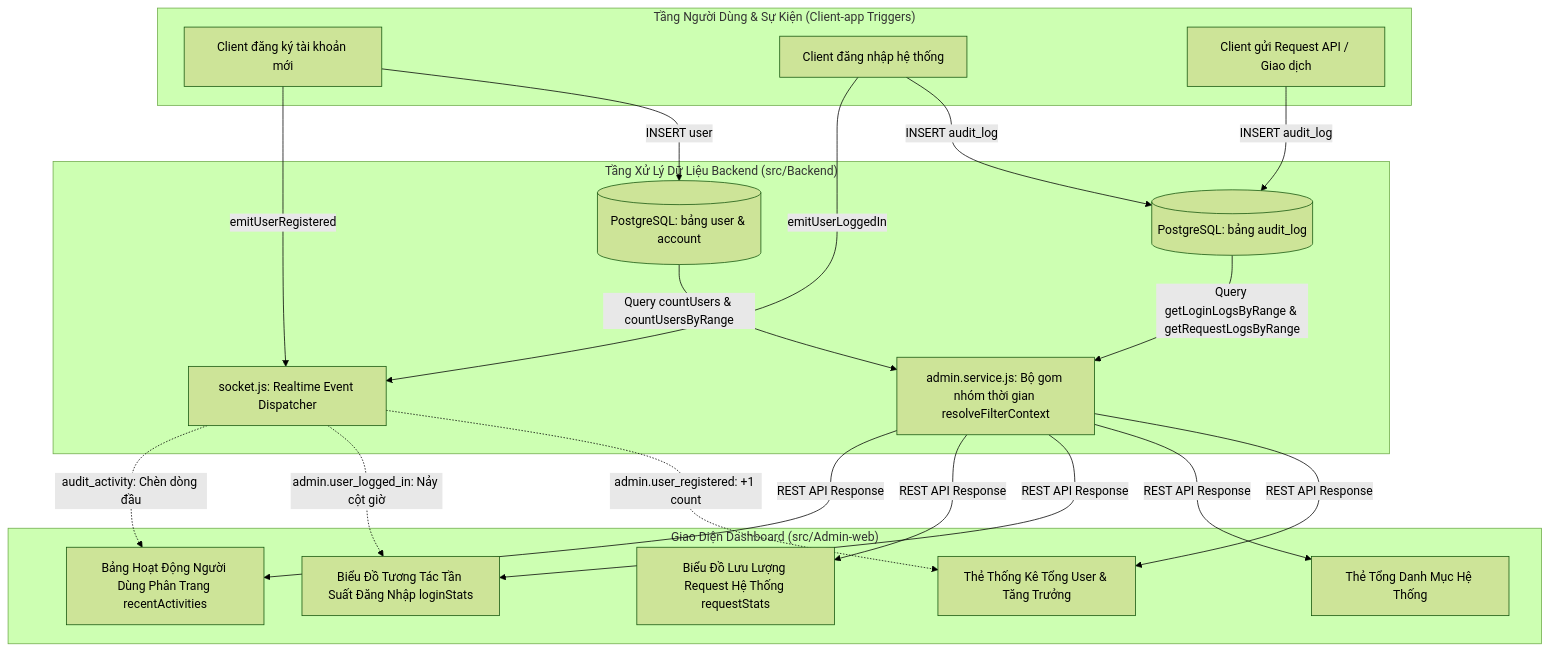
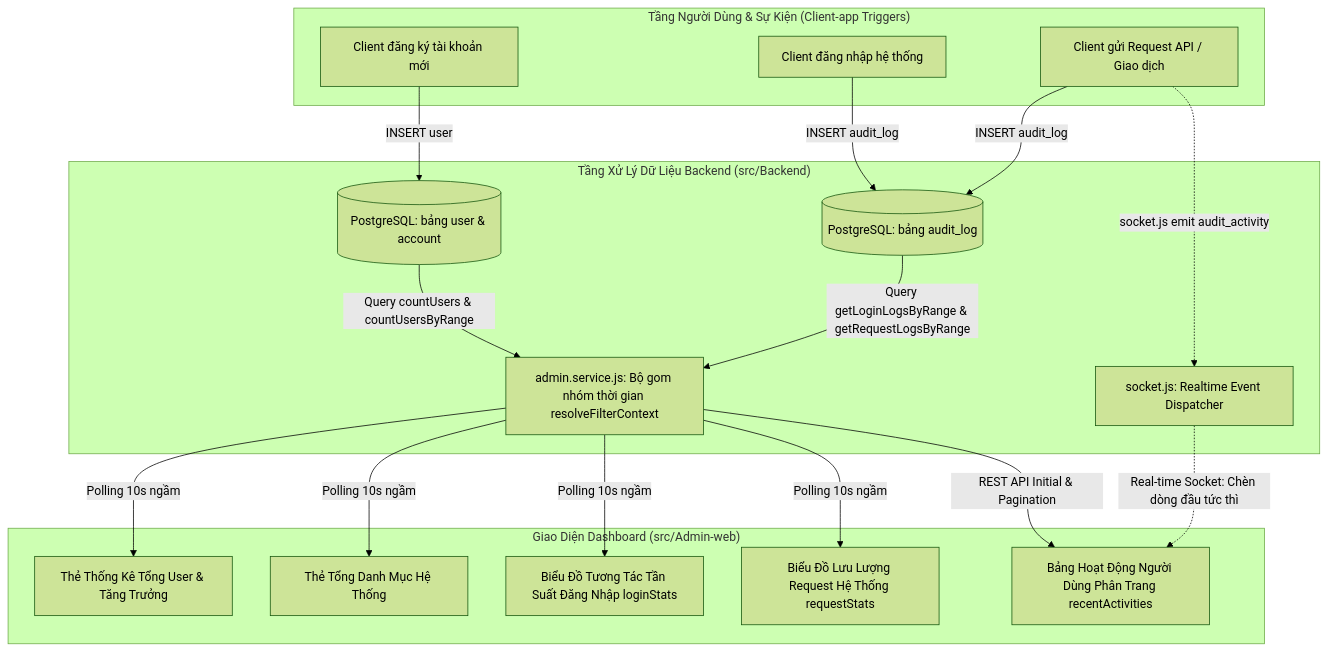
One commit to NguyenPhuBao/ManagementFinance changed the diagram in docs/Admin-web/02-dashboard-and-analytics.md. Above: the diagram before and after it, drawn with Mermaid (forest theme). The commit also changed other lines of this file and 44 other files, not shown here.

First line of the commit message:
refactor(admin): tối ưu hóa polling dashboard, nâng cấp aiops sentinel và đồng bộ tài liệu kỹ thuật

````diff
--- a/docs/Admin-web/02-dashboard-and-analytics.md
+++ b/docs/Admin-web/02-dashboard-and-analytics.md
@@ -20,42 +23,39 @@
 ```mermaid
 graph TD
     subgraph "Tầng Người Dùng & Sự Kiện (Client-app Triggers)"
         A1[Client đăng ký tài khoản mới]
         A2[Client đăng nhập hệ thống]
         A3[Client gửi Request API / Giao dịch]
     end
 
     subgraph "Tầng Xử Lý Dữ Liệu Backend (src/Backend)"
         B1[(PostgreSQL: bảng user & account)]
         B2[(PostgreSQL: bảng audit_log)]
         B3[admin.service.js: Bộ gom nhóm thời gian resolveFilterContext]
         B4[socket.js: Realtime Event Dispatcher]
     end
 
     subgraph "Giao Diện Dashboard (src/Admin-web)"
         C1[Thẻ Thống Kê Tổng User & Tăng Trưởng]
         C2[Thẻ Tổng Danh Mục Hệ Thống]
         C3[Biểu Đồ Tương Tác Tần Suất Đăng Nhập loginStats]
         C4[Biểu Đồ Lưu Lượng Request Hệ Thống requestStats]
         C5[Bảng Hoạt Động Người Dùng Phân Trang recentActivities]
     end
 
     A1 -->|INSERT user| B1
-    A1 -->|emitUserRegistered| B4
     A2 -->|INSERT audit_log| B2
-    A2 -->|emitUserLoggedIn| B4
     A3 -->|INSERT audit_log| B2
 
     B1 -->|Query countUsers & countUsersByRange| B3
     B2 -->|Query getLoginLogsByRange & getRequestLogsByRange| B3
 
-    B3 -->|REST API Response| C1
-    B3 -->|REST API Response| C2
-    B3 -->|REST API Response| C3
-    B3 -->|REST API Response| C4
-    B3 -->|REST API Response| C5
+    B3 -->|Polling 10s ngầm| C1
+    B3 -->|Polling 10s ngầm| C2
+    B3 -->|Polling 10s ngầm| C3
+    B3 -->|Polling 10s ngầm| C4
+    B3 -->|REST API Initial & Pagination| C5
 
-    B4 -.->|admin.user_registered: +1 count| C1
-    B4 -.->|admin.user_logged_in: Nảy cột giờ| C3
-    B4 -.->|audit_activity: Chèn dòng đầu| C5
+    A3 -.->|socket.js emit audit_activity| B4
+    B4 -.->|Real-time Socket: Chèn dòng đầu tức thì| C5
 ```
````
